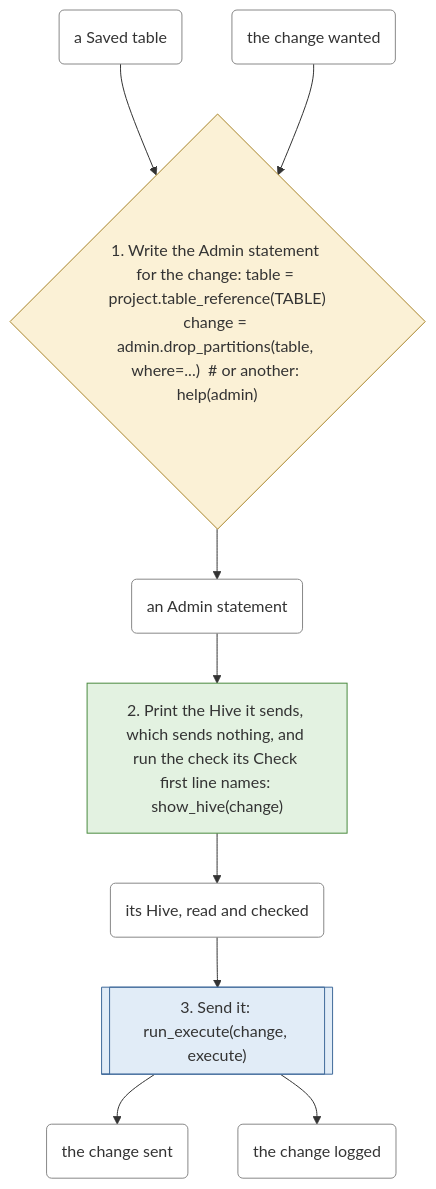
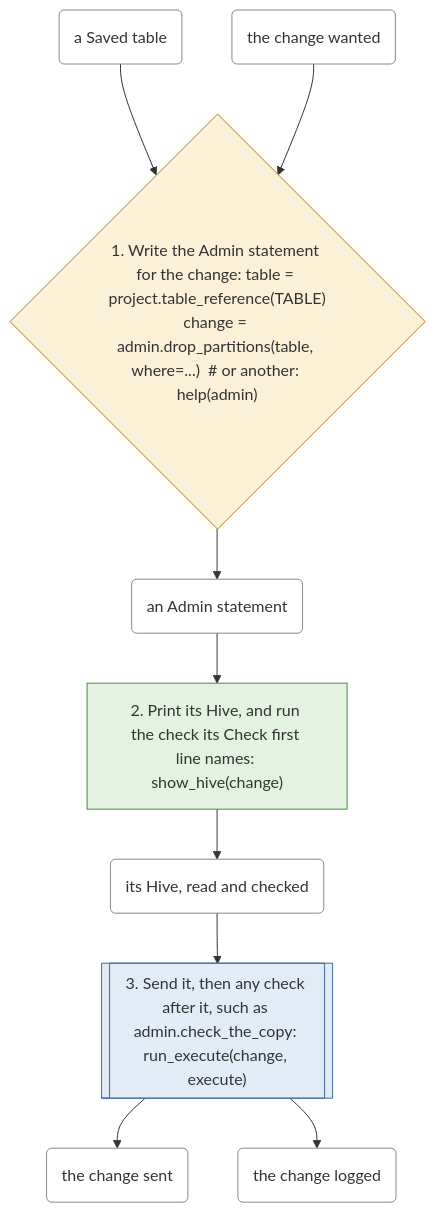
One commit to EdgyPage/SQL-Composer changed the sixth of 6 diagrams in docs/workflows.md. Above: the diagram before and after it, drawn with Mermaid. The commit also changed other lines of this file and 17 other files, not shown here.

First line of the commit message:
feat(8.0): flow charts a person and an LLM read, generated from the step lists, D351

````diff
--- a/docs/workflows.md
+++ b/docs/workflows.md
@@ -284,35 +285,35 @@
 ```mermaid
 flowchart TD
     s0{"1. Write the Admin statement for the change: table = project.table_reference(TABLE)
 change = admin.drop_partitions(table, where=...)  #35; or another: help(admin)"}
     class s0 decision
     t0 --> s0
     t1 --> s0
     s0 --> t2
-    s1["2. Print the Hive it sends, which sends nothing, and run the check its Check first line names: show_hive(change)"]
+    s1["2. Print its Hive, and run the check its Check first line names: show_hive(change)"]
     class s1 file
     t2 --> s1
     s1 --> t3
-    s2[["3. Send it: run_execute(change, execute)"]]
+    s2[["3. Send it, then any check after it, such as admin.check_the_copy: run_execute(change, execute)"]]
     class s2 permission
     t3 --> s2
     s2 --> t4
     s2 --> t5
     t0("a Saved table")
     class t0 thing
     t1("the change wanted")
     class t1 thing
     t2("an Admin statement")
     class t2 thing
     t3("its Hive, read and checked")
     class t3 thing
     t4("the change sent")
     class t4 thing
     t5("the change logged")
     class t5 thing
     classDef file fill:#e3f2e1,stroke:#4a8a3f
     classDef permission fill:#e1ecf7,stroke:#3f6a9a
     classDef decision fill:#fbf1d6,stroke:#a8842a
     classDef fiddling fill:#f8d7d5,stroke:#b03a30
     classDef thing fill:#ffffff,stroke:#888888
 ```
````
